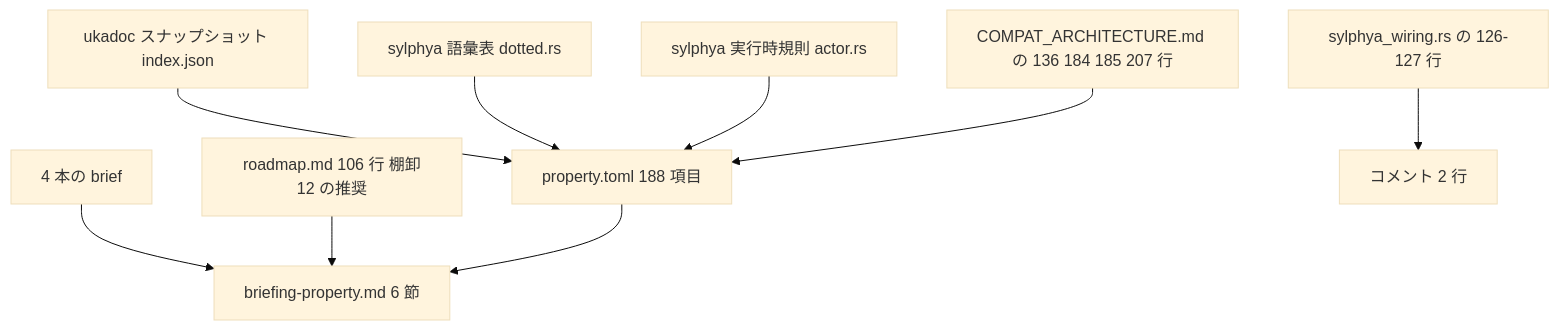
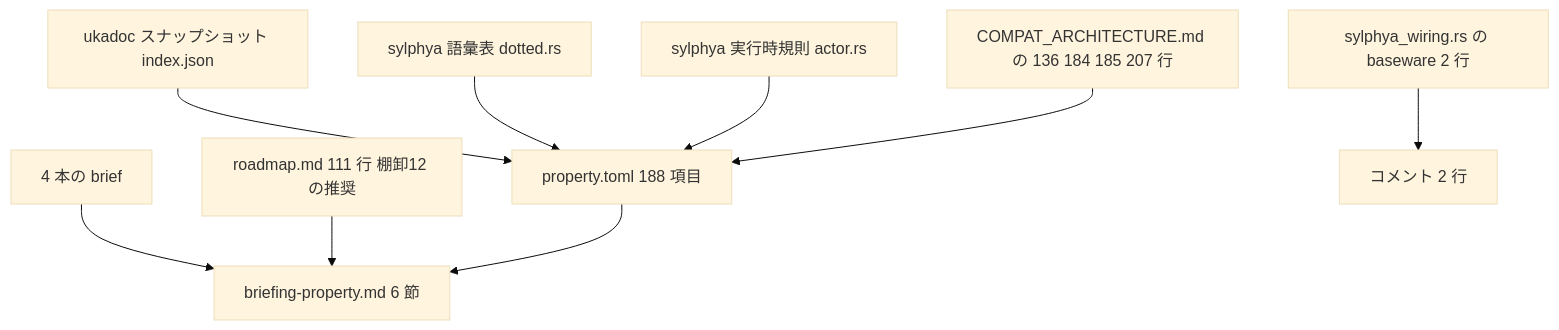
One commit to ekicyou/areka changed the diagram in .kiro/specs/areka-P0-ukadoc-survey-property/design.md. Above: the diagram before and after it, drawn with Mermaid (base theme). The commit also changed other lines of this file and 4 other files, not shown here.

````diff
--- a/.kiro/specs/areka-P0-ukadoc-survey-property/design.md
+++ b/.kiro/specs/areka-P0-ukadoc-survey-property/design.md
@@ -76,23 +76,23 @@
 ```mermaid
 graph TB
     Snapshot[ukadoc スナップショット index.json]
     Vocab[sylphya 語彙表 dotted.rs]
     Rule[sylphya 実行時規則 actor.rs]
-    Wiring[sylphya_wiring.rs の 126-127 行]
+    Wiring[sylphya_wiring.rs の baseware 2 行]
     Compat[COMPAT_ARCHITECTURE.md の 136 184 185 207 行]
     Briefs[4 本の brief]
-    Roadmap[roadmap.md 106 行 棚卸12 の推奨]
+    Roadmap[roadmap.md 111 行 棚卸12 の推奨]
 
     Ledger[property.toml 188 項目]
     Briefing[briefing-property.md 6 節]
     DocComment[コメント 2 行]
 
     Snapshot --> Ledger
     Vocab --> Ledger
     Rule --> Ledger
     Compat --> Ledger
     Wiring --> DocComment
     Briefs --> Briefing
     Roadmap --> Briefing
     Ledger --> Briefing
 ```
````
